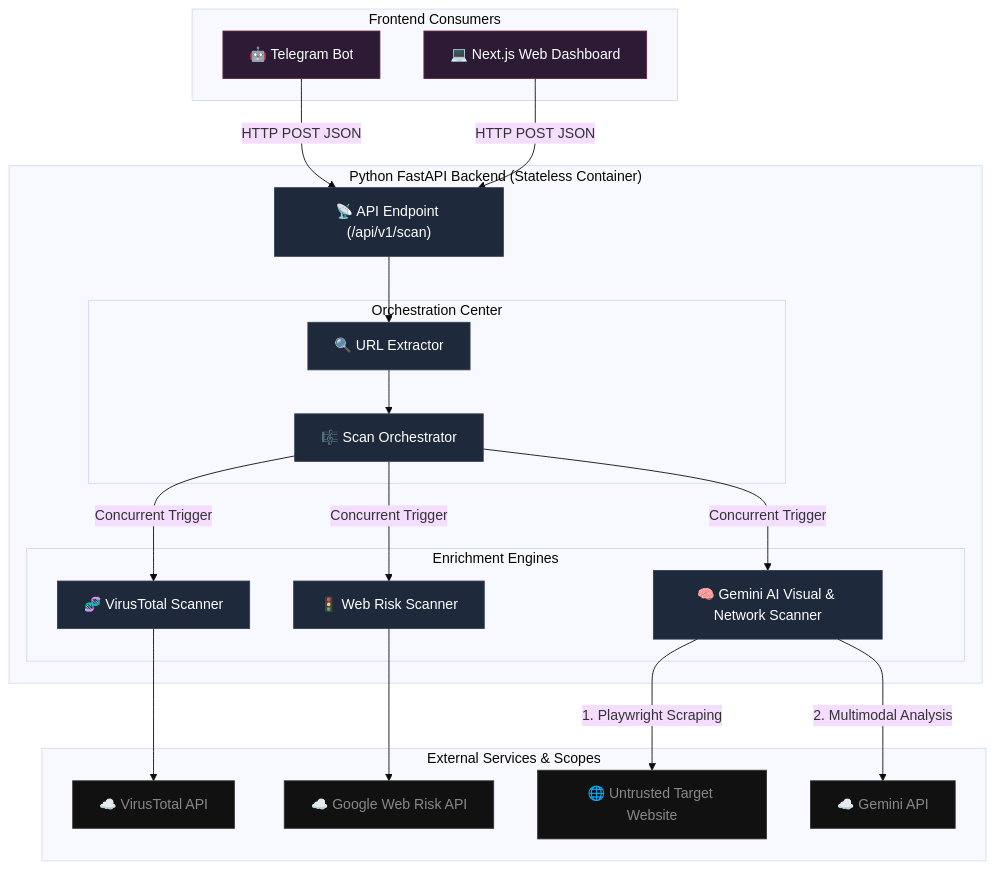
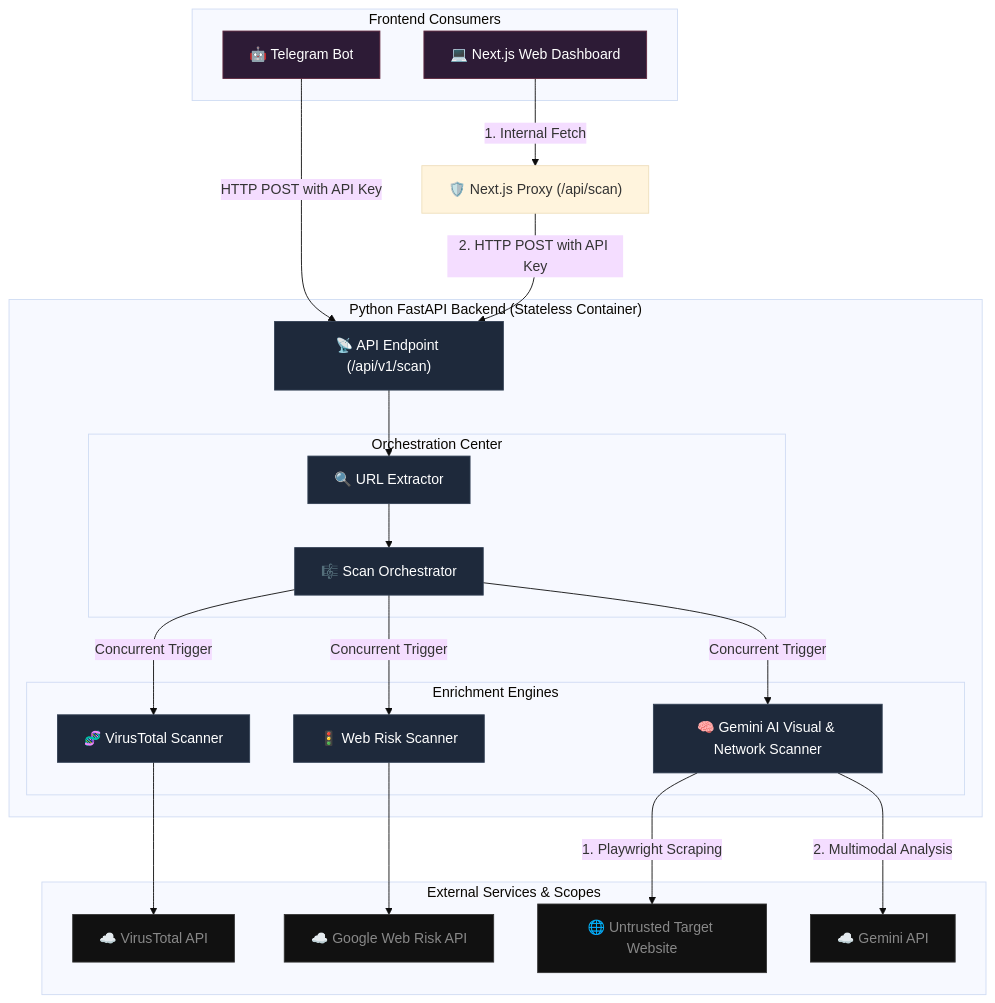
Before and after one commit to repulsivityy/project_mata_mata: the first of 2 diagrams in docs/ARCHITECTURE.MD, drawn with Mermaid (base theme). The commit also changed other lines of this file and 2 other files, not shown here.

````diff
--- a/docs/ARCHITECTURE.MD
+++ b/docs/ARCHITECTURE.MD
@@ -9,57 +9,58 @@
 ```mermaid
 graph TD
     subgraph Clients ["Frontend Consumers"]
         Telegram["🤖 Telegram Bot"]
         WebUI["💻 Next.js Web Dashboard"]
     end
 
     subgraph Backend ["Python FastAPI Backend (Stateless Container)"]
         API["📡 API Endpoint (/api/v1/scan)"]
         
         subgraph Core ["Orchestration Center"]
             Extract["🔍 URL Extractor"]
             Orch["🎼 Scan Orchestrator"]
         end
 
         subgraph Scanners ["Enrichment Engines"]
             VT["🧬 VirusTotal Scanner"]
             WR["🚦 Web Risk Scanner"]
             AI["🧠 Gemini AI Visual & Network Scanner"]
         end
     end
 
     subgraph External ["External Services & Scopes"]
         TargetWeb["🌐 Untrusted Target Website"]
         VTAPI["☁️ VirusTotal API"]
         WRAPI["☁️ Google Web Risk API"]
         GeminiAPI["☁️ Gemini API"]
     end
 
     %% Client Interactions
-    Telegram -->|HTTP POST JSON| API
-    WebUI -->|HTTP POST JSON| API
+    Telegram -->|HTTP POST with API Key| API
+    WebUI -->|1. Internal Fetch| Proxy["🛡️ Next.js Proxy (/api/scan)"]
+    Proxy -->|2. HTTP POST with API Key| API
 
     %% Internal Routing
     API --> Extract
     Extract --> Orch
 
     %% Orchestration
     Orch -->|Concurrent Trigger| VT
     Orch -->|Concurrent Trigger| WR
     Orch -->|Concurrent Trigger| AI
 
     %% Data Fetching
     VT --> VTAPI
     WR --> WRAPI
     AI -->|1. Playwright Scraping| TargetWeb
     AI -->|2. Multimodal Analysis| GeminiAPI
 
     %% Styling
     classDef client fill:#2D1B36,stroke:#612940,color:#FFF;
     classDef backend fill:#1E293B,stroke:#334155,color:#FFF;
     classDef extern fill:#111,stroke:#333,color:#888;
     
     class Telegram,WebUI client;
     class API,Extract,Orch,VT,WR,AI backend;
     class TargetWeb,VTAPI,WRAPI,GeminiAPI extern;
 ```
````
